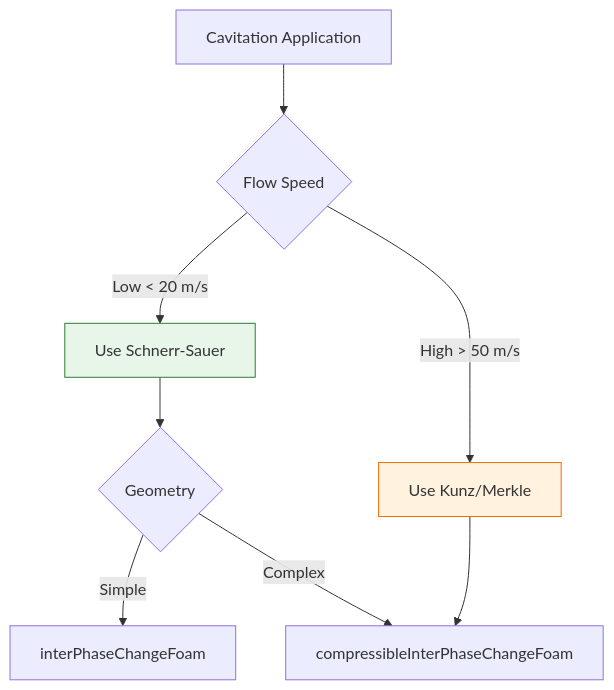
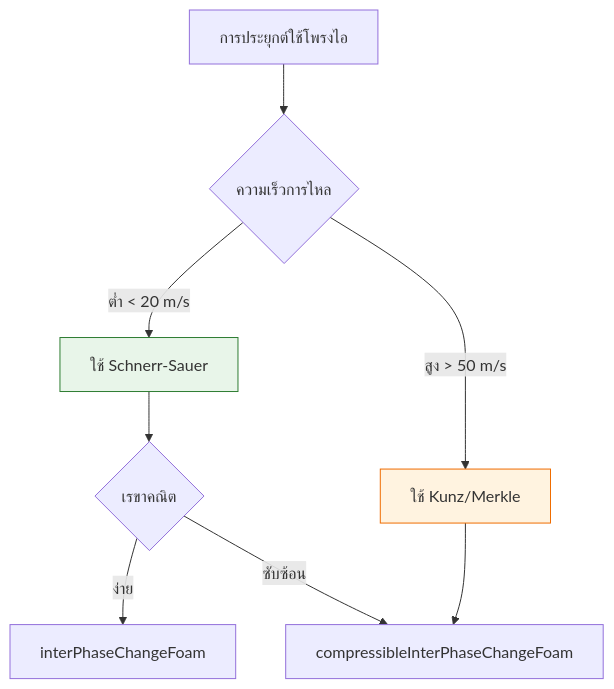
Before and after one commit to wramet/build-my-cfd: the third of 3 diagrams in MODULE_06_ADVANCED_PHYSICS/CONTENT/01_ADVANCED_MULTIPHASE_FLOWS/02_Cavitation_Modeling.md, drawn with Mermaid. The commit also changed other lines of this file and 104 other files, not shown here.

````diff
--- a/MODULE_06_ADVANCED_PHYSICS/CONTENT/01_ADVANCED_MULTIPHASE_FLOWS/02_Cavitation_Modeling.md
+++ b/MODULE_06_ADVANCED_PHYSICS/CONTENT/01_ADVANCED_MULTIPHASE_FLOWS/02_Cavitation_Modeling.md
@@ -646,15 +646,15 @@
 ```mermaid
 flowchart TD
-    A[Cavitation Application] --> B{Flow Speed};
-    B -- Low < 20 m/s --> C[Use Schnerr-Sauer];
-    B -- High > 50 m/s --> D[Use Kunz/Merkle];
+    A[การประยุกต์ใช้โพรงไอ] --> B{ความเร็วการไหล};
+    B -- ต่ำ < 20 m/s --> C[ใช้ Schnerr-Sauer];
+    B -- สูง > 50 m/s --> D[ใช้ Kunz/Merkle];
 
-    C --> E{Geometry};
-    E -- Simple --> F[interPhaseChangeFoam];
-    E -- Complex --> G[compressibleInterPhaseChangeFoam];
+    C --> E{เรขาคณิต};
+    E -- ง่าย --> F[interPhaseChangeFoam];
+    E -- ซับซ้อน --> G[compressibleInterPhaseChangeFoam];
 
     D --> G;
 
     style C fill:#e8f5e9,stroke:#2e7d32;
     style D fill:#fff3e0,stroke:#ef6c00;
 ```
````
